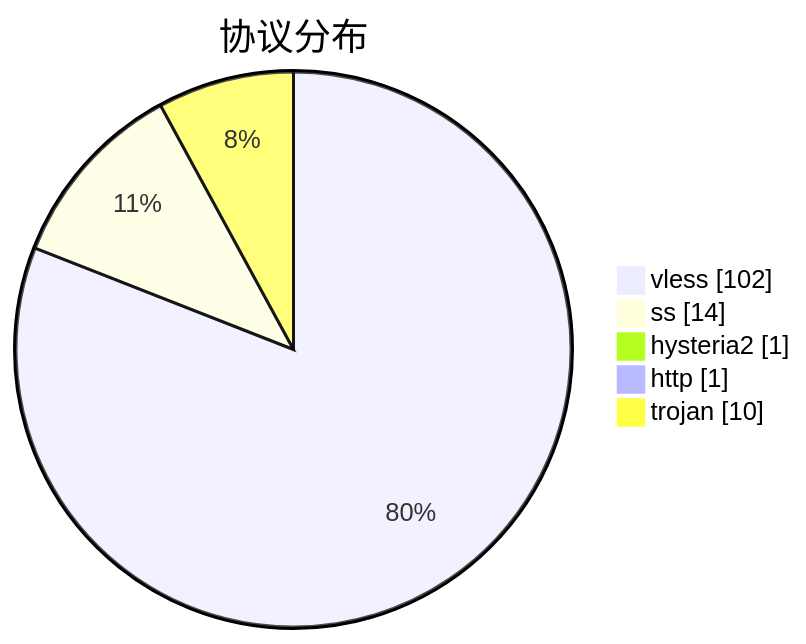
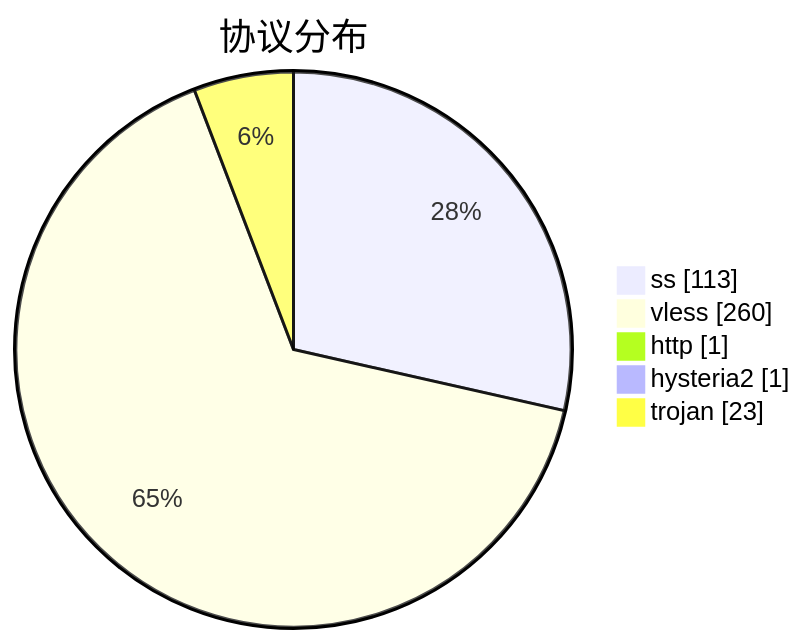
One commit to qjlxg/airport changed the third of 3 diagrams in subs/statistics/tested_within.md. Above: the diagram before and after it, drawn with Mermaid. The commit also changed other lines of this file and 2 other files, not shown here.

````diff
--- a/subs/statistics/tested_within.md
+++ b/subs/statistics/tested_within.md
@@ -24,9 +34,9 @@
 ```mermaid
 pie showData
 title 协议分布
-"vless" : 102
-"ss" : 14
+"ss" : 113
+"vless" : 260
+"http" : 1
 "hysteria2" : 1
-"http" : 1
-"trojan" : 10
+"trojan" : 23
 ```
````
